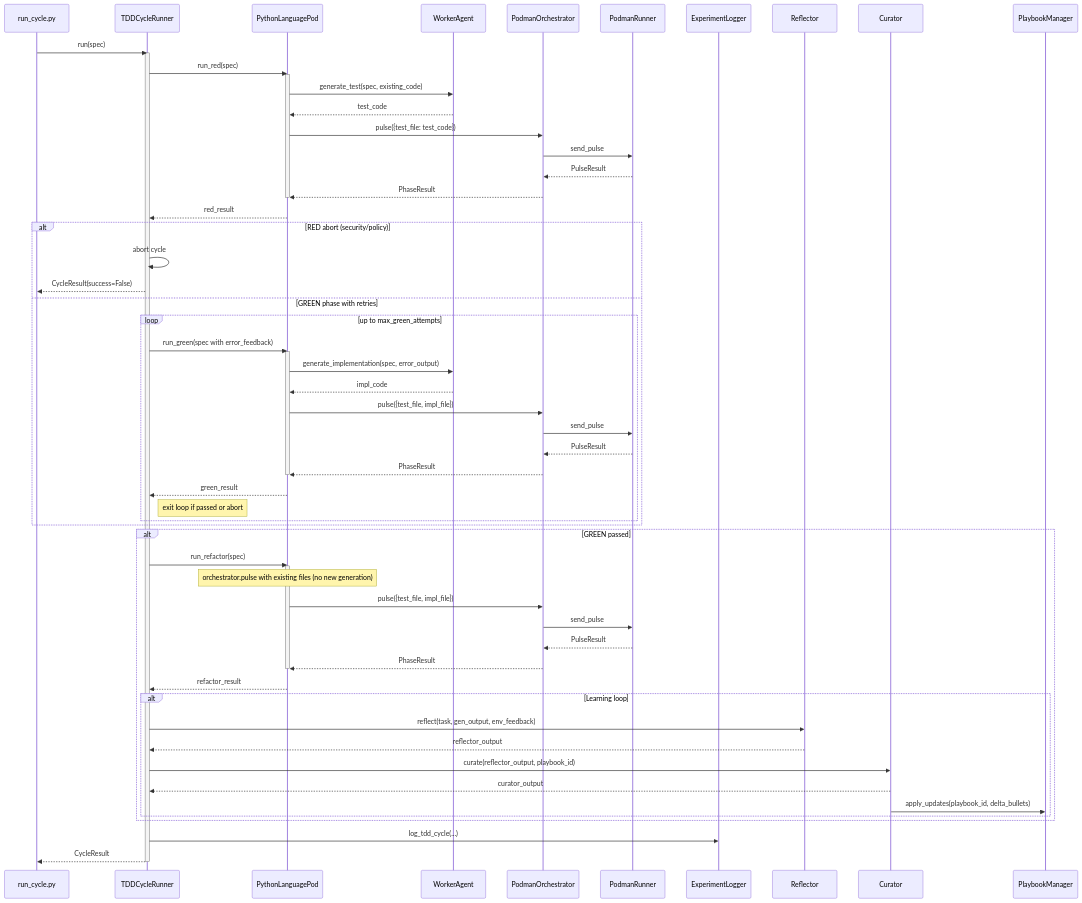
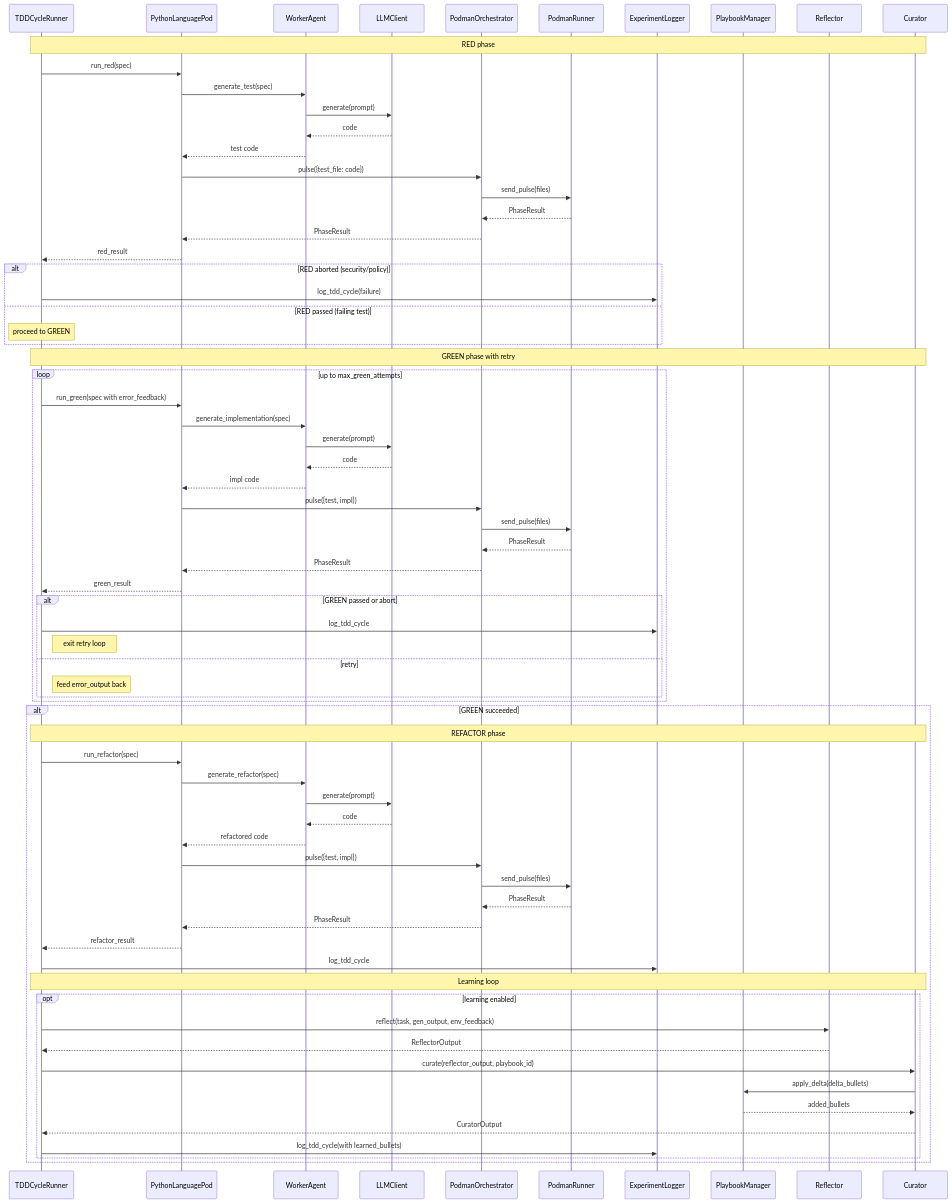
Before and after one commit to carlhuxley/ace_enterprise: the diagram in docs/SYSTEM_ARCHITECTURE.md, drawn with Mermaid. The commit also changed other lines of this file and 1 other file, not shown here.

Commit message:
Fix token truncation and over-inclusive table in live docs
- Bump max_tokens 4096 → 8192 to fit both table and Mermaid diagram
- Prompt: exclude pure data containers (@dataclass, schemas, enums);
  target 20-35 architectural components only
- Regenerated SYSTEM_ARCHITECTURE.md: clean 32-row table + valid Mermaid

````diff
--- a/docs/SYSTEM_ARCHITECTURE.md
+++ b/docs/SYSTEM_ARCHITECTURE.md
@@ -24,69 +38,78 @@
 ```mermaid
 sequenceDiagram
-    participant Main as run_cycle.py
     participant Runner as TDDCycleRunner
     participant Pod as PythonLanguagePod
     participant Worker as WorkerAgent
+    participant LLM as LLMClient
     participant Orch as PodmanOrchestrator
-    participant Container as PodmanRunner
+    participant Ctr as PodmanRunner
     participant Logger as ExperimentLogger
-    participant Reflect as Reflector
-    participant Curate as Curator
+    participant PB as PlaybookManager
+    participant Refl as Reflector
+    participant Cur as Curator
 
-    Main->>Runner: run(spec)
-    activate Runner
-
+    Note over Runner,Cur: RED phase
     Runner->>Pod: run_red(spec)
-    activate Pod
-    Pod->>Worker: generate_test(spec, existing_code)
-    Worker-->>Pod: test_code
-    Pod->>Orch: pulse({test_file: test_code})
-    Orch->>Container: send_pulse
-    Container-->>Orch: PulseResult
+    Pod->>Worker: generate_test(spec)
+    Worker->>LLM: generate(prompt)
+    LLM-->>Worker: code
+    Worker-->>Pod: test code
+    Pod->>Orch: pulse({test_file: code})
+    Orch->>Ctr: send_pulse(files)
+    Ctr-->>Orch: PhaseResult
     Orch-->>Pod: PhaseResult
-    deactivate Pod
     Pod-->>Runner: red_result
 
-    alt RED abort (security/policy)
-        Runner->>Runner: abort cycle
-        Runner-->>Main: CycleResult(success=False)
-    else GREEN phase with retries
-        loop up to max_green_attempts
-            Runner->>Pod: run_green(spec with error_feedback)
-            activate Pod
-            Pod->>Worker: generate_implementation(spec, error_output)
-            Worker-->>Pod: impl_code
-            Pod->>Orch: pulse({test_file, impl_file})
-            Orch->>Container: send_pulse
-            Container-->>Orch: PulseResult
-            Orch-->>Pod: PhaseResult
-            deactivate Pod
-            Pod-->>Runner: green_result
-            Note right of Runner: exit loop if passed or abort
+    alt RED aborted (security/policy)
+        Runner->>Logger: log_tdd_cycle(failure)
+    else RED passed (failing test)
+        Note over Runner: proceed to GREEN
+    end
+
+    Note over Runner,Cur: GREEN phase with retry
+    loop up to max_green_attempts
+        Runner->>Pod: run_green(spec with error_feedback)
+        Pod->>Worker: generate_implementation(spec)
+        Worker->>LLM: generate(prompt)
+        LLM-->>Worker: code
+        Worker-->>Pod: impl code
+        Pod->>Orch: pulse({test, impl})
+        Orch->>Ctr: send_pulse(files)
+        Ctr-->>Orch: PhaseResult
+        Orch-->>Pod: PhaseResult
+        Pod-->>Runner: green_result
+
+        alt GREEN passed or abort
+            Runner->>Logger: log_tdd_cycle
+            Note right of Runner: exit retry loop
+        else retry
+            Note right of Runner: feed error_output back
         end
     end
 
-    alt GREEN passed
+    alt GREEN succeeded
+        Note over Runner,Cur: REFACTOR phase
         Runner->>Pod: run_refactor(spec)
-        activate Pod
-        Note over Pod: orchestrator.pulse with existing files (no new generation)
-        Pod->>Orch: pulse({test_file, impl_file})
-        Orch->>Container: send_pulse
-        Container-->>Orch: PulseResult
+        Pod->>Worker: generate_refactor(spec)
+        Worker->>LLM: generate(prompt)
+        LLM-->>Worker: code
+        Worker-->>Pod: refactored code
+        Pod->>Orch: pulse({test, impl})
+        Orch->>Ctr: send_pulse(files)
+        Ctr-->>Orch: PhaseResult
         Orch-->>Pod: PhaseResult
-        deactivate Pod
         Pod-->>Runner: refactor_result
+        Runner->>Logger: log_tdd_cycle
 
-        alt Learning loop
-            Runner->>Reflect: reflect(task, gen_output, env_feedback)
-            Reflect-->>Runner: reflector_output
-            Runner->>Curate: curate(reflector_output, playbook_id)
-            Curate-->>Runner: curator_output
-            Curate->>PlaybookManager: apply_updates(playbook_id, delta_bullets)
+        Note over Runner,Cur: Learning loop
+        opt learning enabled
+            Runner->>Refl: reflect(task, gen_output, env_feedback)
+            Refl-->>Runner: ReflectorOutput
+            Runner->>Cur: curate(reflector_output, playbook_id)
+            Cur->>PB: apply_delta(delta_bullets)
+            PB-->>Cur: added_bullets
+            Cur-->>Runner: CuratorOutput
+            Runner->>Logger: log_tdd_cycle(with learned_bullets)
         end
     end
-
-    Runner->>Logger: log_tdd_cycle(...)
-    Runner-->>Main: CycleResult
-    deactivate Runner
 ```
````
